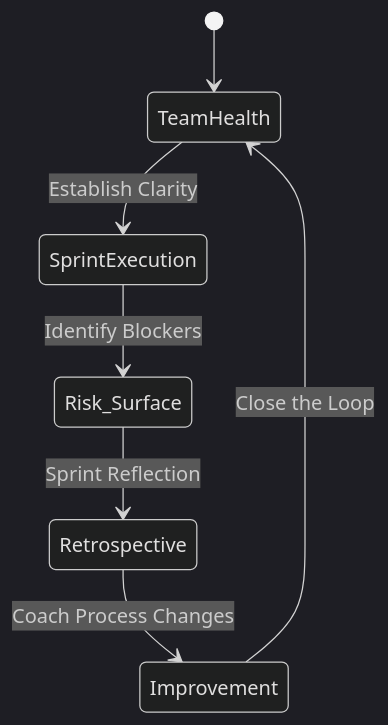
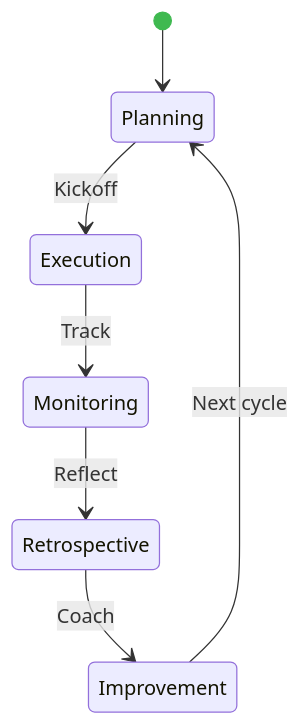
The third of 3 diagrams in README.md (deveninception/deveninception), drawn with Mermaid before and after one commit. The commit also changed other lines of this file, not shown here.

````diff
--- a/README.md
+++ b/README.md
@@ -130,10 +69,10 @@
 ```mermaid
-%%{init: {'theme': 'dark', 'themeVariables': { 'primaryColor': '#161b22', 'lineColor': '#7dd3fc'}}}%%
+%%{init: {'theme': 'default', 'themeVariables': { 'primaryColor': '#238636', 'primaryTextColor': '#ffffff', 'primaryBorderColor': '#0d47a1', 'lineColor': '#3fb950', 'tertiaryTextColor': '#ffffff'}, 'stateDiagram': {'useMaxWidth': true}}}%%
 stateDiagram-v2
-    [*] --> TeamHealth
-    TeamHealth --> SprintExecution: Establish Clarity
-    SprintExecution --> Risk_Surface: Identify Blockers
-    Risk_Surface --> Retrospective: Sprint Reflection
-    Retrospective --> Improvement: Coach Process Changes
-    Improvement --> TeamHealth: Close the Loop
+    [*] --> Planning
+    Planning --> Execution: Kickoff
+    Execution --> Monitoring: Track
+    Monitoring --> Retrospective: Reflect
+    Retrospective --> Improvement: Coach
+    Improvement --> Planning: Next cycle
 ```
````
